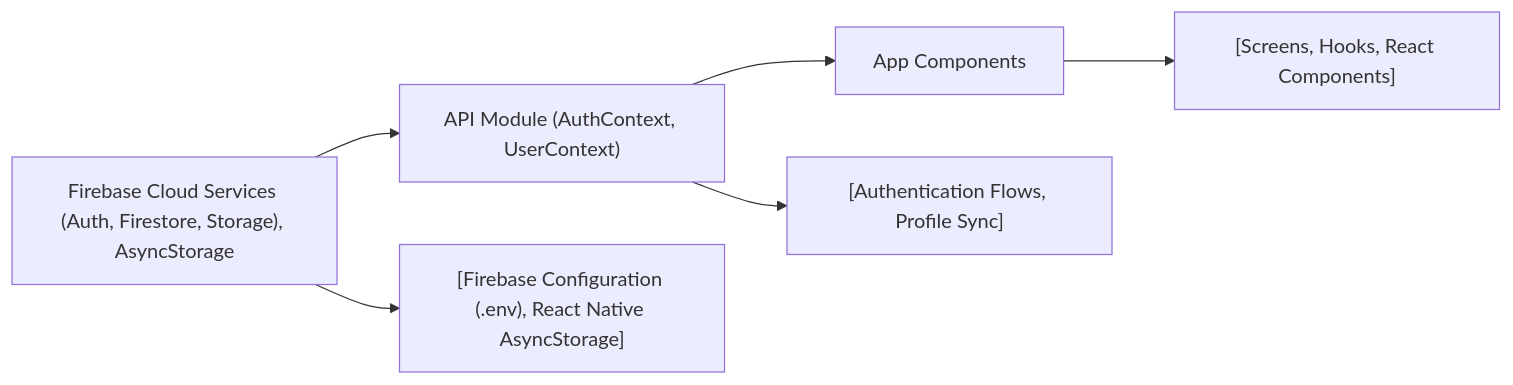
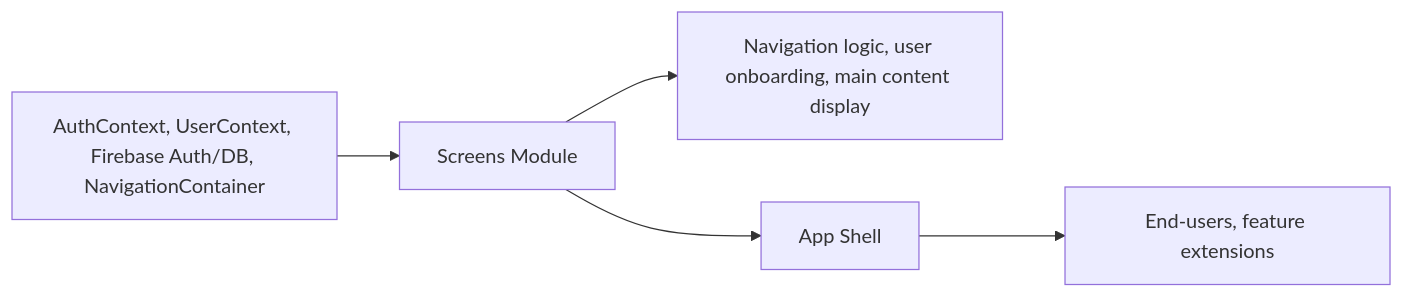
Before and after one commit to lucasboucher/Expo-Firebase-Boiler-Plate-2: the diagram in .shelfya/api/overview.md, drawn with Mermaid. The commit also changed other lines of this file and 7 other files, not shown here.

````diff
--- a/.shelfya/api/overview.md
+++ b/.shelfya/api/overview.md
@@ -63,7 +61,7 @@
 ```mermaid
 flowchart LR
-  dependencies["Firebase Cloud Services (Auth, Firestore, Storage), AsyncStorage"] --> thisModule["API Module (AuthContext, UserContext)"] --> usedBy["App Components"]
-  dependencies --> details["[Firebase Configuration (.env), React Native AsyncStorage]"]
-  thisModule --> process["[Authentication Flows, Profile Sync]"] 
-  usedBy --> consumers["[Screens, Hooks, React Components]"]
+  dependencies["AuthContext, UserContext, Firebase Auth/DB, NavigationContainer"] --> thisModule["Screens Module"]
+  thisModule --> process["Navigation logic, user onboarding, main content display"]
+  thisModule --> usedBy["App Shell"]
+  usedBy --> consumers["End-users, feature extensions"]
 ```
````
